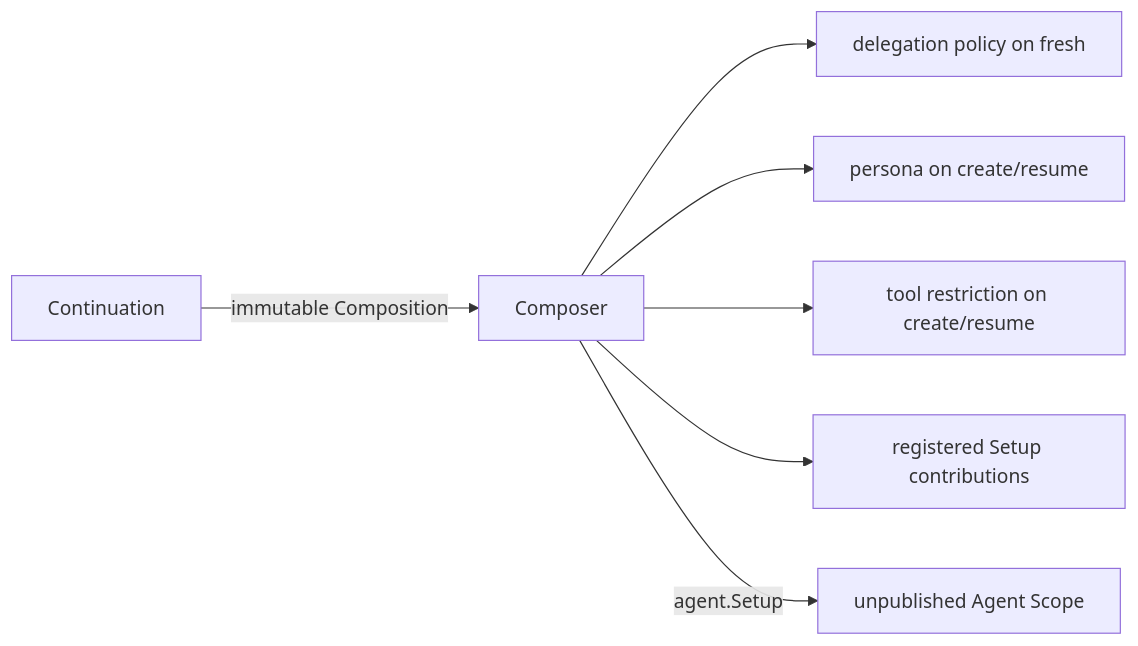
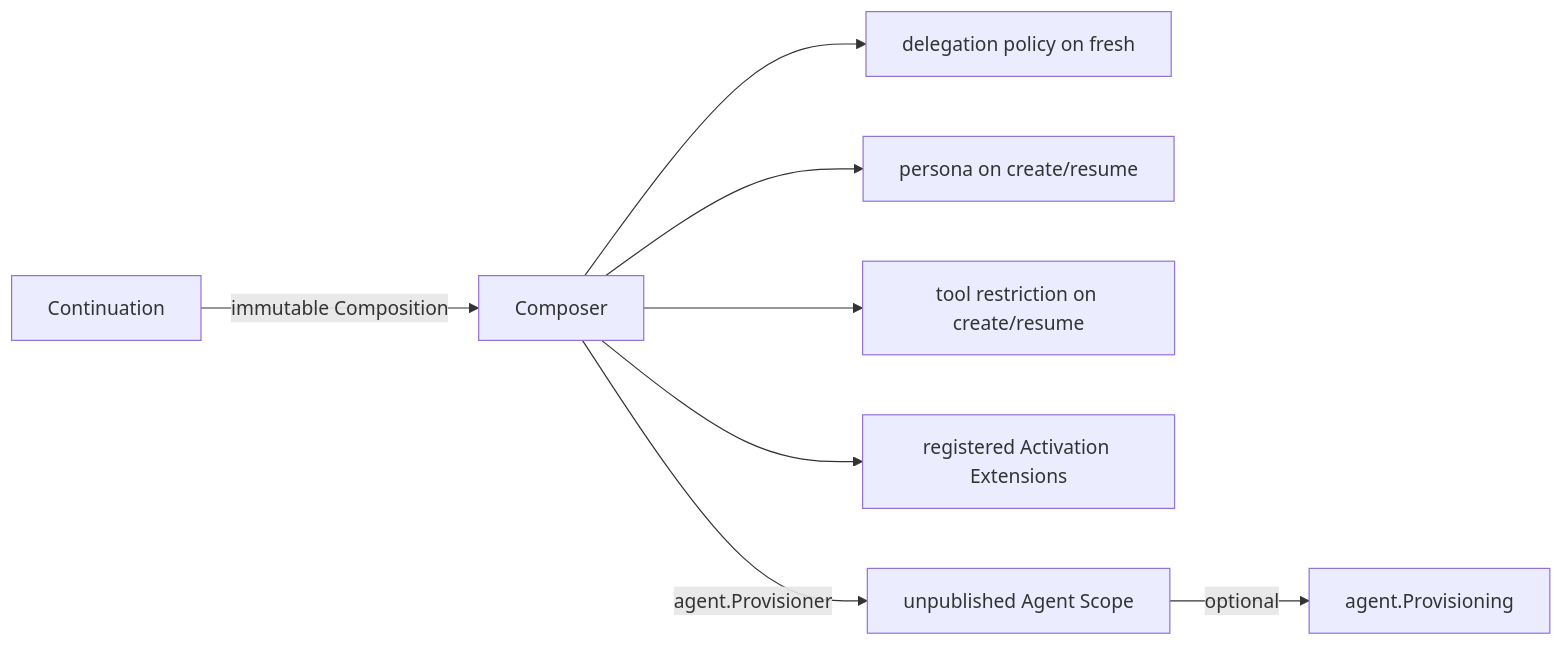
One commit to gorenx/goren changed the diagram in subagent/internal/composition/README.zh-CN.md. Above: the diagram before and after it, drawn with Mermaid. The commit also changed other lines of this file and 17 other files, not shown here.

Commit message:
docs: define provisioning and activation extensions

````diff
--- a/subagent/internal/composition/README.zh-CN.md
+++ b/subagent/internal/composition/README.zh-CN.md
@@ -5,9 +5,10 @@
 ```mermaid
 flowchart LR
     Continuation -->|immutable Composition| Composer
     Composer --> Approval[delegation policy on fresh]
     Composer --> Persona[persona on create/resume]
     Composer --> Restriction[tool restriction on create/resume]
-    Composer --> Setup[registered Setup contributions]
-    Composer -->|agent.Setup| AgentScope[unpublished Agent Scope]
+    Composer --> Extension[registered Activation Extensions]
+    Composer -->|agent.Provisioner| AgentScope[unpublished Agent Scope]
+    AgentScope -->|optional| Provisioning[agent.Provisioning]
 ```
````
